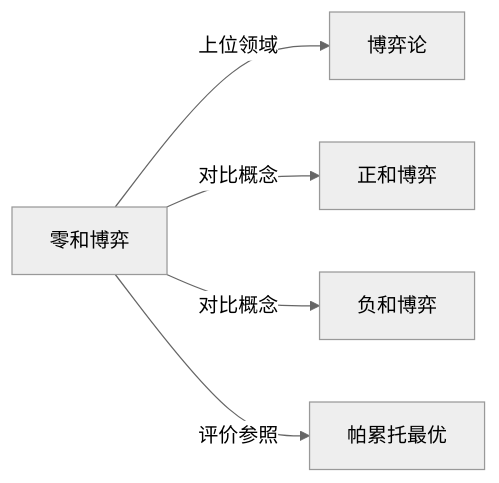
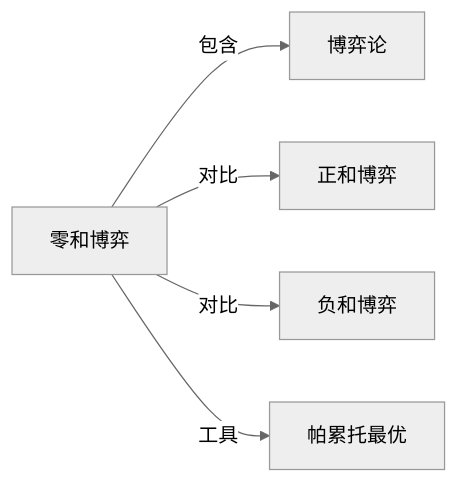
Before and after one commit to KIMMCHOW/MyKnowledge: the diagram in Knowledge/Concepts/经济/零和博弈.md, drawn with Mermaid (neutral theme). The commit also changed 95 other files, not shown here.

Commit message:
reorganize: 统一关系图边标签为11类

````diff
--- a/Knowledge/Concepts/经济/零和博弈.md
+++ b/Knowledge/Concepts/经济/零和博弈.md
@@ -43,7 +43,7 @@
 ```mermaid
 graph LR
-零和博弈 -->|上位领域| 博弈论
-零和博弈 -->|对比概念| 正和博弈
-零和博弈 -->|对比概念| 负和博弈
-零和博弈 -->|评价参照| 帕累托最优
+零和博弈 -->|包含| 博弈论
+零和博弈 -->|对比| 正和博弈
+零和博弈 -->|对比| 负和博弈
+零和博弈 -->|工具| 帕累托最优
 ```
````
